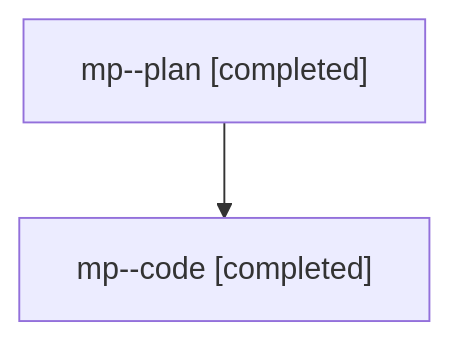
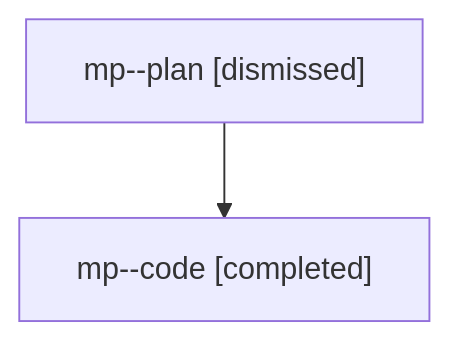
Before and after one commit to sase-org/sase--agents: the diagram in families/bbugyi200.athena.mp.md, drawn with Mermaid. The commit also changed other lines of this file and 1002 other files, not shown here.

````diff
--- a/families/bbugyi200.athena.mp.md
+++ b/families/bbugyi200.athena.mp.md
@@ -9,6 +9,6 @@
 ```mermaid
 flowchart TD
-  n0["mp--plan [completed]"]
+  n0["mp--plan [dismissed]"]
   n1["mp--code [completed]"]
   n0 --> n1
 ```
````
